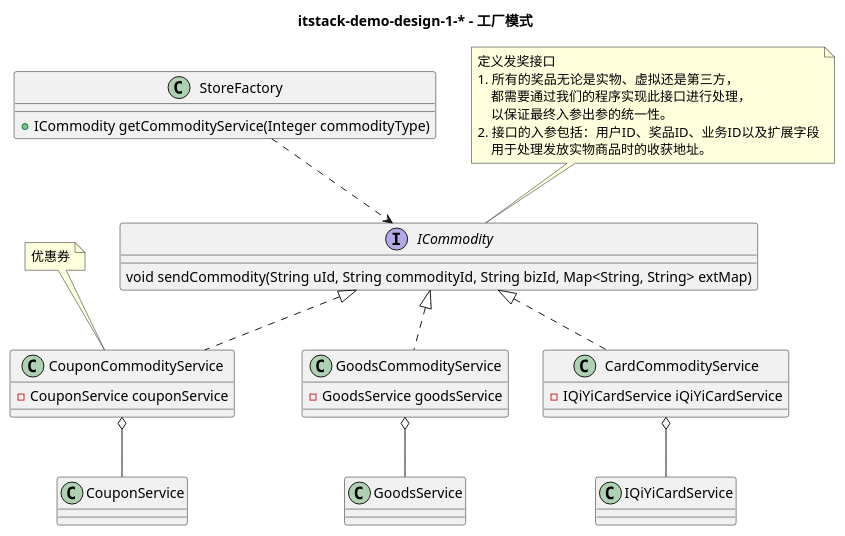
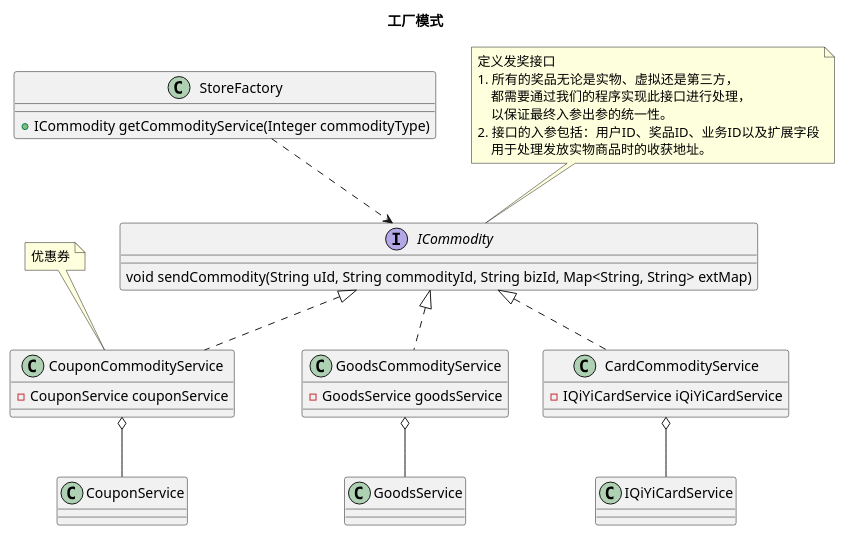
One commit to littlefxc/itstack-demo-design changed the diagram in doc/工厂模式类图.puml. Above: the diagram before and after it, drawn with PlantUML. The commit also changed 1 other file, not shown here.

Commit message:
工厂模式

```diff
--- a/doc/工厂模式类图.puml
+++ b/doc/工厂模式类图.puml
@@ -1,45 +1,45 @@
 @startuml
 
-title itstack-demo-design-1-* - 工厂模式
+title 工厂模式
 
 ICommodity <|.. CouponCommodityService
 ICommodity <|.. GoodsCommodityService
 ICommodity <|.. CardCommodityService
 CouponCommodityService o-- CouponService
 GoodsCommodityService o-- GoodsService
 CardCommodityService o-- IQiYiCardService
 
 StoreFactory  ..> ICommodity
 
 note top of ICommodity
   定义发奖接口
   1. 所有的奖品⽆论是实物、虚拟还是第三⽅，
       都需要通过我们的程序实现此接⼝进⾏处理，
       以保证最终⼊参出参的统⼀性。
   2. 接⼝的⼊参包括：⽤户ID、奖品ID、业务ID以及扩展字段
       ⽤于处理发放实物商品时的收获地址。
 end note
 
 note top of CouponCommodityService : 优惠券
 
 Interface ICommodity {
     void sendCommodity(String uId, String commodityId, String bizId, Map<String, String> extMap)
 }
 
 Class CouponCommodityService {
     - CouponService couponService
 }
 
 class GoodsCommodityService {
     - GoodsService goodsService
 }
 
 class CardCommodityService {
     - IQiYiCardService iQiYiCardService
 }
 
 class StoreFactory {
     + ICommodity getCommodityService(Integer commodityType)
 }
 
 @enduml
```
